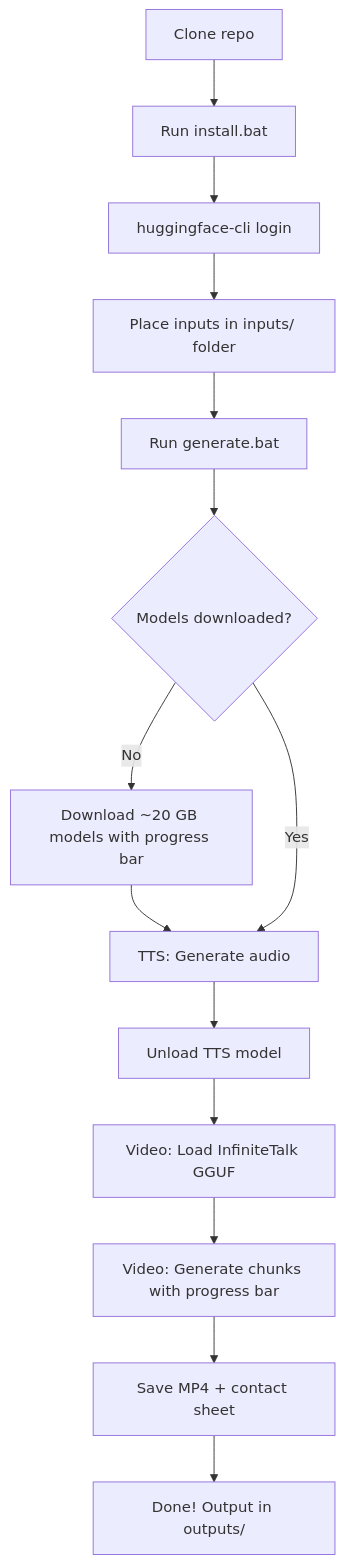
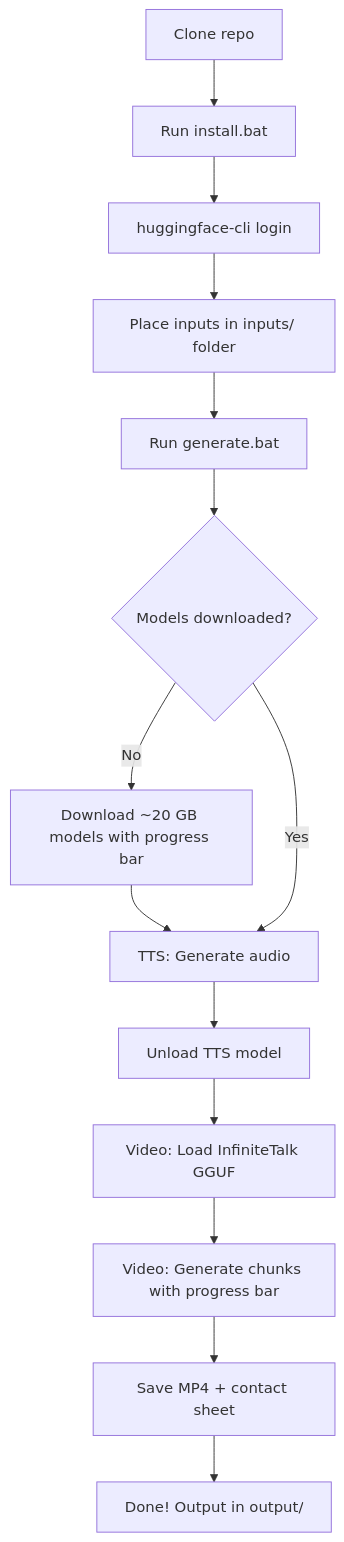
The second of 3 diagrams in docs/prd.md (garystorey/zimbra), drawn with Mermaid before and after one commit. The commit also changed other lines of this file and 15 other files, not shown here.

````diff
--- a/docs/prd.md
+++ b/docs/prd.md
@@ -148,16 +149,16 @@
 ```mermaid
 flowchart TD
     A[Clone repo] --> B[Run install.bat]
     B --> C[huggingface-cli login]
     C --> D[Place inputs in inputs/ folder]
     D --> E[Run generate.bat]
     E --> F{Models downloaded?}
     F -->|No| G[Download ~20 GB models with progress bar]
     G --> H[TTS: Generate audio]
     F -->|Yes| H
     H --> I[Unload TTS model]
     I --> J[Video: Load InfiniteTalk GGUF]
     J --> K[Video: Generate chunks with progress bar]
     K --> L[Save MP4 + contact sheet]
-    L --> M[Done! Output in outputs/]
+    L --> M[Done! Output in output/]
 ```
````
